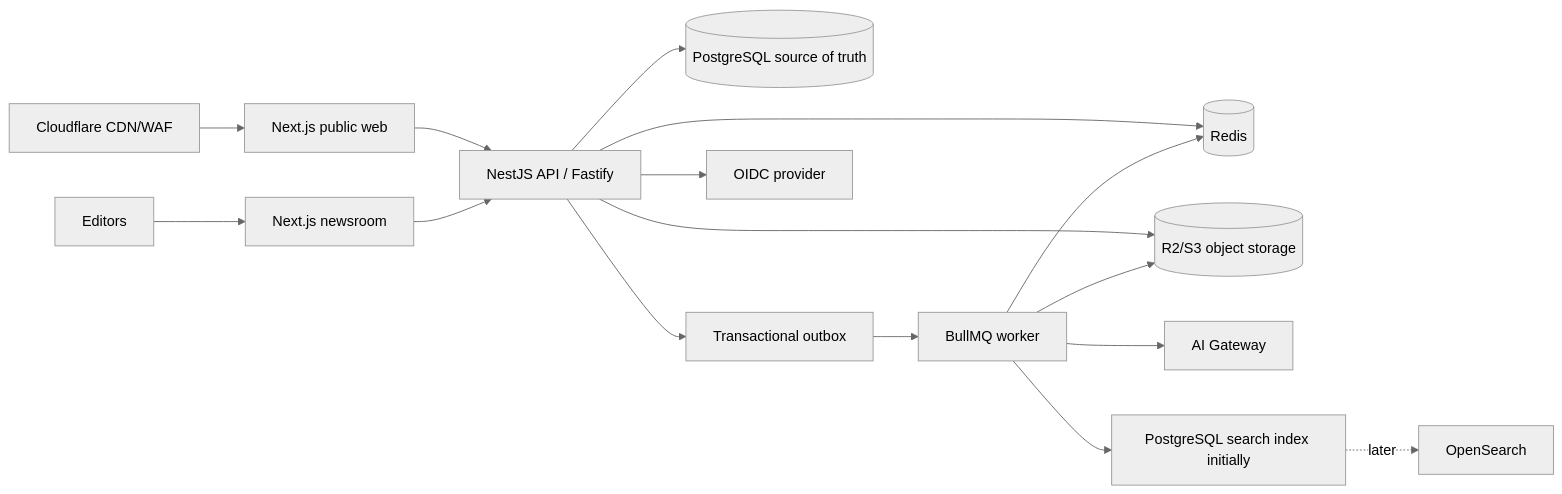
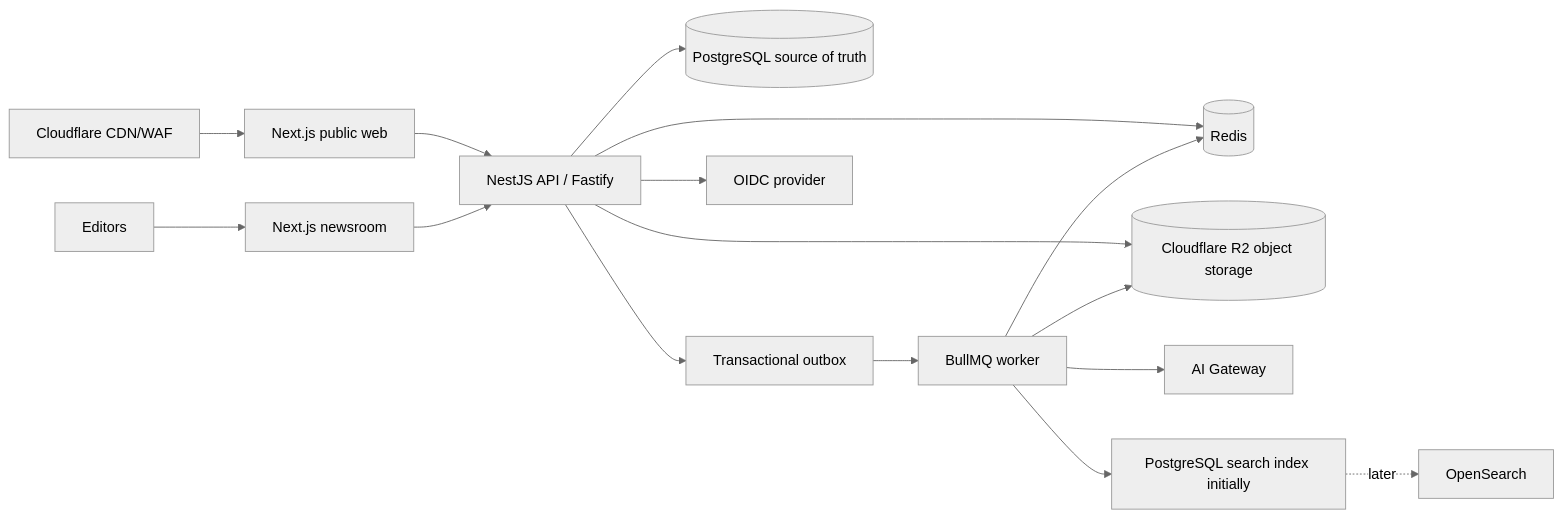
The first of 2 diagrams in docs/03-target-architecture.md (Cipher-Text/fact-lens), drawn with Mermaid (neutral theme) before and after one commit. The commit also changed other lines of this file and 5 other files, not shown here.

Commit message:
feat: Update documentation to specify Cloudflare R2 as the object storage solution

````diff
--- a/docs/03-target-architecture.md
+++ b/docs/03-target-architecture.md
@@ -7,18 +7,18 @@
 ```mermaid
 flowchart LR
   CDN[Cloudflare CDN/WAF] --> WEB[Next.js public web]
   Editors[Editors] --> NEWS[Next.js newsroom]
   WEB --> API[NestJS API / Fastify]
   NEWS --> API
   API --> DB[(PostgreSQL source of truth)]
   API --> REDIS[(Redis)]
-  API --> OBJ[(R2/S3 object storage)]
+  API --> OBJ[(Cloudflare R2 object storage)]
   API --> OUTBOX[Transactional outbox]
   OUTBOX --> WORKER[BullMQ worker]
   WORKER --> REDIS
   WORKER --> OBJ
   WORKER --> AI[AI Gateway]
   WORKER --> IDX[PostgreSQL search index initially]
   IDX -. later .-> OS[OpenSearch]
   API --> OIDC[OIDC provider]
 ```
````
